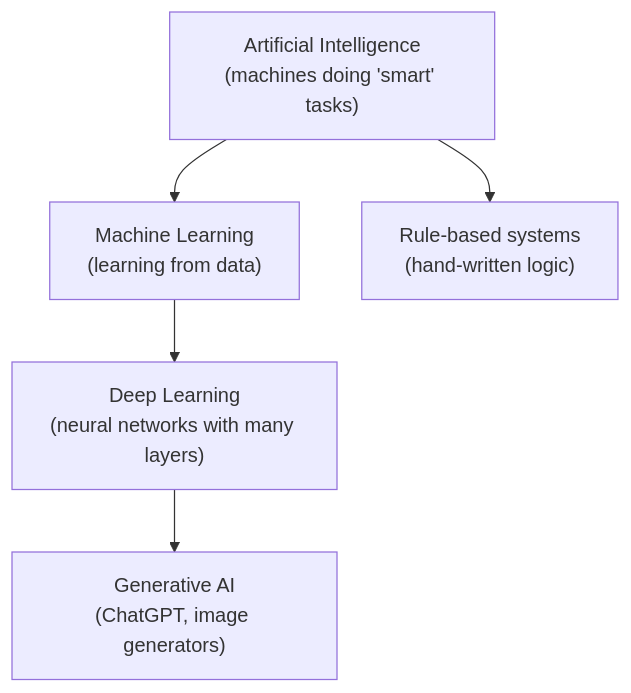
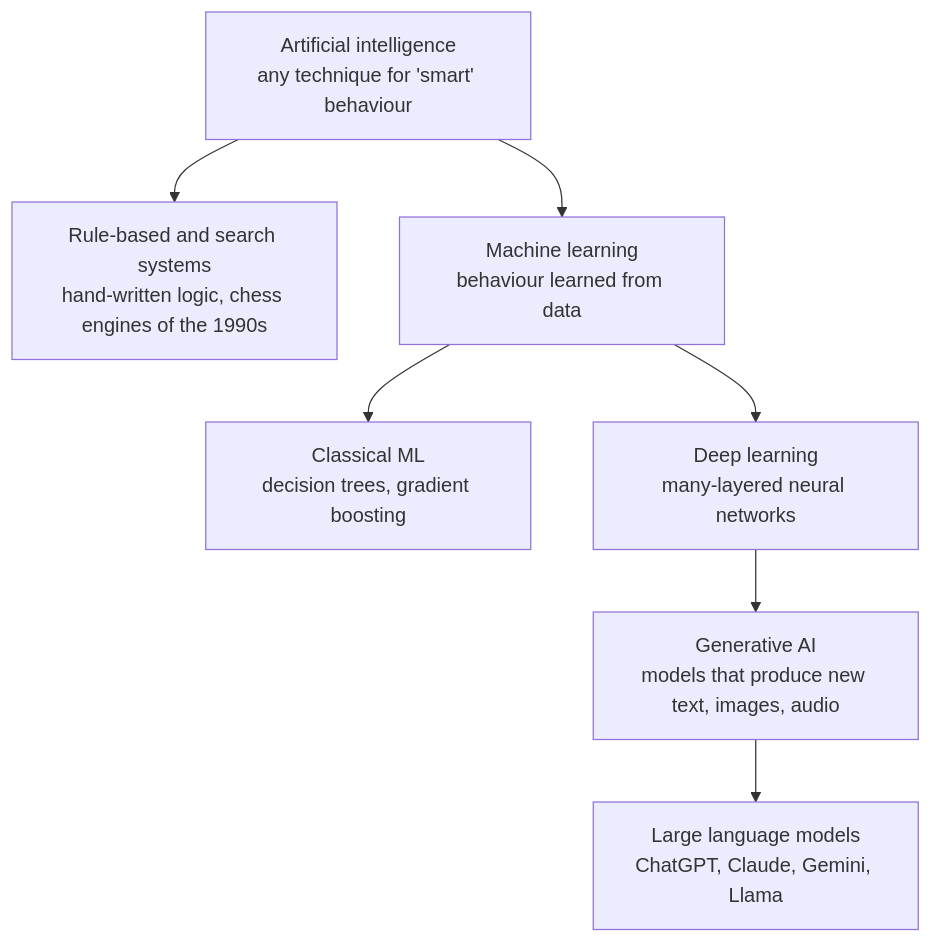
Before and after one commit to AndrewAltimit/Documentation: the first of 6 diagrams in github-pages/docs/technology/ai-fundamentals-simple.md, drawn with Mermaid. The commit also changed other lines of this file and 240 other files, not shown here.

````diff
--- a/github-pages/docs/technology/ai-fundamentals-simple.md
+++ b/github-pages/docs/technology/ai-fundamentals-simple.md
@@ -30,7 +20,10 @@
 ```mermaid
 flowchart TD
-    AI["Artificial Intelligence<br/>(machines doing 'smart' tasks)"] --> ML["Machine Learning<br/>(learning from data)"]
-    ML --> DL["Deep Learning<br/>(neural networks with many layers)"]
-    DL --> GenAI["Generative AI<br/>(ChatGPT, image generators)"]
-    AI --> Rules["Rule-based systems<br/>(hand-written logic)"]
+    AI["Artificial intelligence<br/>any technique for 'smart' behaviour"]
+    AI --> Rules["Rule-based and search systems<br/>hand-written logic, chess engines of the 1990s"]
+    AI --> ML["Machine learning<br/>behaviour learned from data"]
+    ML --> Classic["Classical ML<br/>decision trees, gradient boosting"]
+    ML --> DL["Deep learning<br/>many-layered neural networks"]
+    DL --> Gen["Generative AI<br/>models that produce new text, images, audio"]
+    Gen --> LLM["Large language models<br/>ChatGPT, Claude, Gemini, Llama"]
 ```
````
